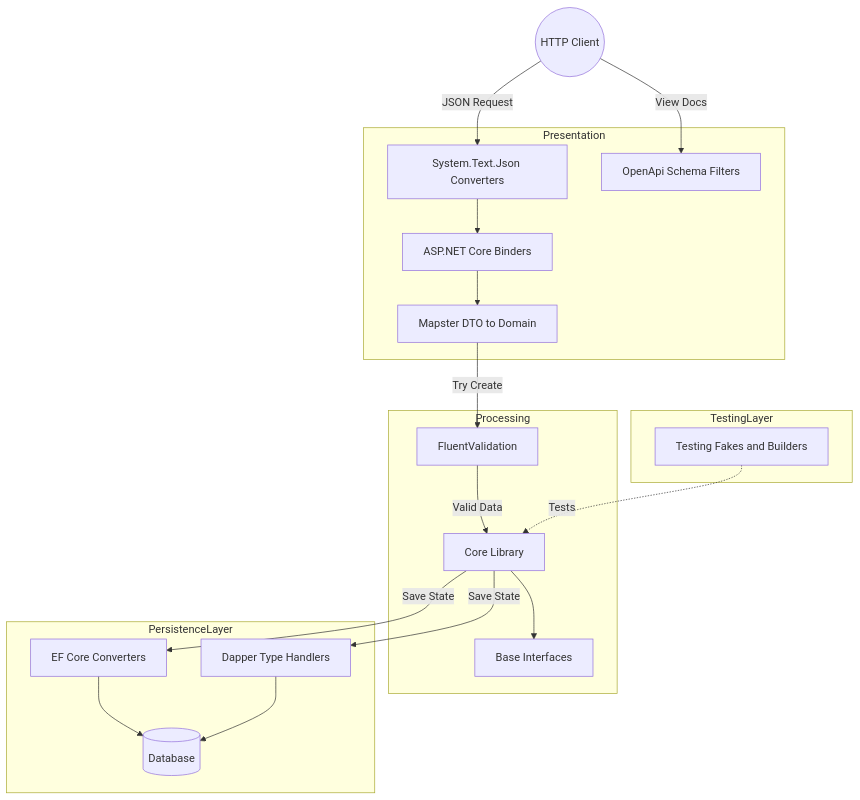
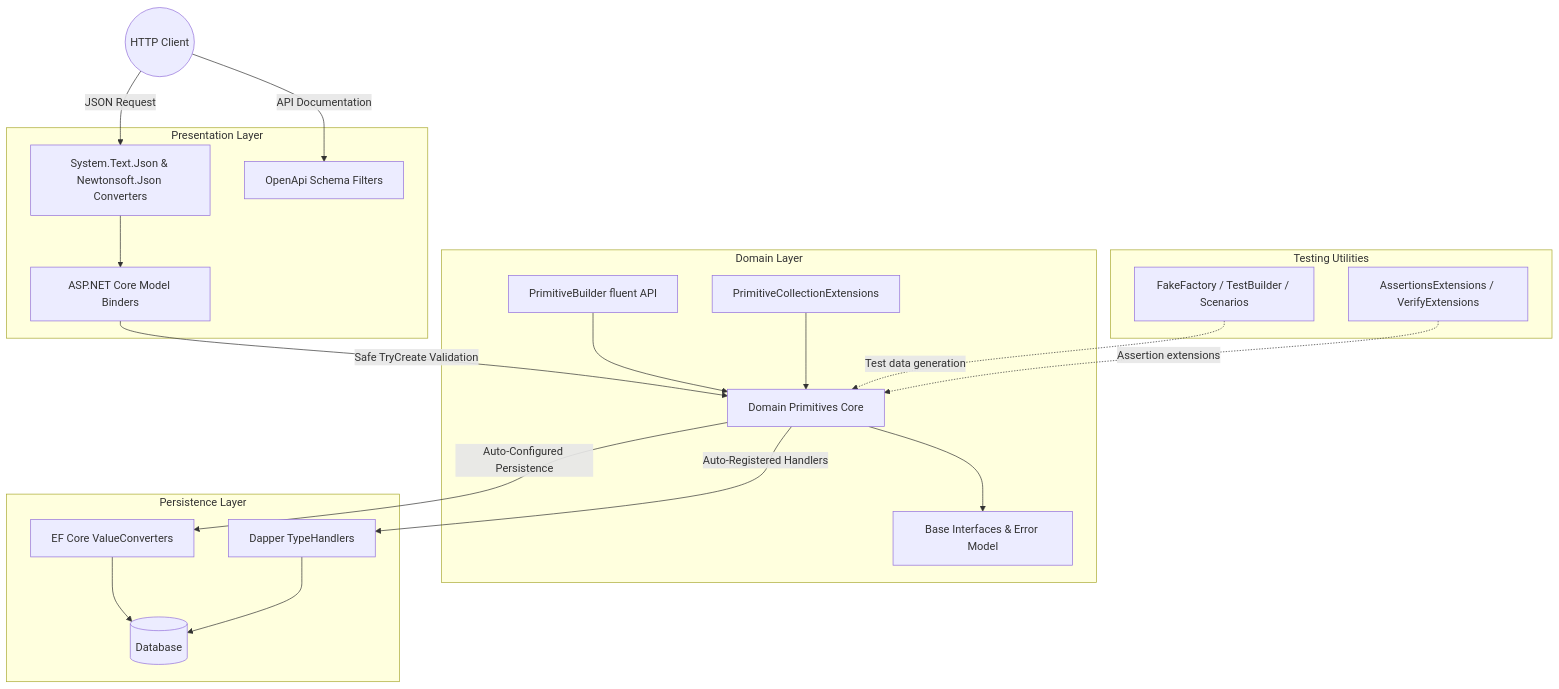
Before and after one commit to ericksonlopezf/dotnet-domain-primitives: the diagram in docs/functional-map.md, drawn with Mermaid. The commit also changed other lines of this file and 646 other files, not shown here.

Commit message:
feat!: expand domain primitives, source generators, docs, tests, and persistence support

````diff
--- a/docs/functional-map.md
+++ b/docs/functional-map.md
@@ -7,43 +7,45 @@
 ```mermaid
 flowchart TD
     Client((HTTP Client))
     
-    subgraph Presentation
-        Json[System.Text.Json Converters]
+    subgraph Presentation [Presentation Layer]
+        Json[System.Text.Json & Newtonsoft.Json Converters]
         Swagger[OpenApi Schema Filters]
-        AspNet[ASP.NET Core Binders]
-        MapsterIn[Mapster DTO to Domain]
+        AspNet[ASP.NET Core Model Binders]
     end
 
-    subgraph Processing
-        FV[FluentValidation]
-        Core[Core Library]
-        Abstractions[Base Interfaces]
+    subgraph DomainProcessing [Domain Layer]
+        Core[Domain Primitives Core]
+        Abstractions[Base Interfaces & Error Model]
+        Builder[PrimitiveBuilder fluent API]
+        Collections[PrimitiveCollectionExtensions]
     end
 
-    subgraph PersistenceLayer
-        EF[EF Core Converters]
-        Dapper[Dapper Type Handlers]
+    subgraph PersistenceLayer [Persistence Layer]
+        EF[EF Core ValueConverters]
+        Dapper[Dapper TypeHandlers]
         DB[(Database)]
     end
 
-    subgraph TestingLayer
-        TestUtils[Testing Fakes and Builders]
+    subgraph TestingLayer [Testing Utilities]
+        TestUtils[FakeFactory / TestBuilder / Scenarios]
+        Assertions[AssertionsExtensions / VerifyExtensions]
     end
 
-    Client -->|JSON Request| Json
-    Client -->|View Docs| Swagger
+    Client --> |JSON Request| Json
+    Client --> |API Documentation| Swagger
     Json --> AspNet
-    AspNet --> MapsterIn
+    AspNet --> |Safe TryCreate Validation| Core
     
-    MapsterIn -->|Try Create| FV
-    FV -->|Valid Data| Core
     Core --> Abstractions
+    Builder --> Core
+    Collections --> Core
     
-    Core -->|Save State| EF
-    Core -->|Save State| Dapper
+    Core --> |Auto-Configured Persistence| EF
+    Core --> |Auto-Registered Handlers| Dapper
     EF --> DB
     Dapper --> DB
     
-    TestUtils -.->|Tests| Core
+    TestUtils -.-> |Test data generation| Core
+    Assertions -.-> |Assertion extensions| Core
 ```
````
